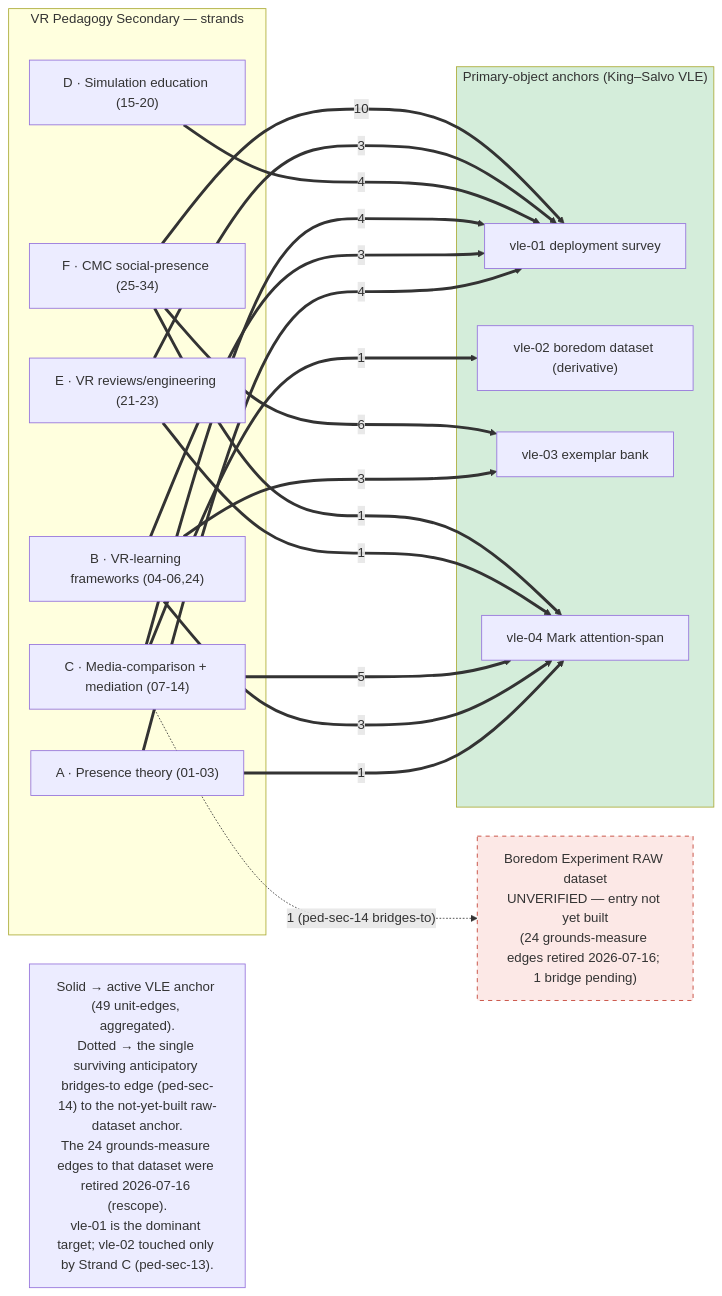
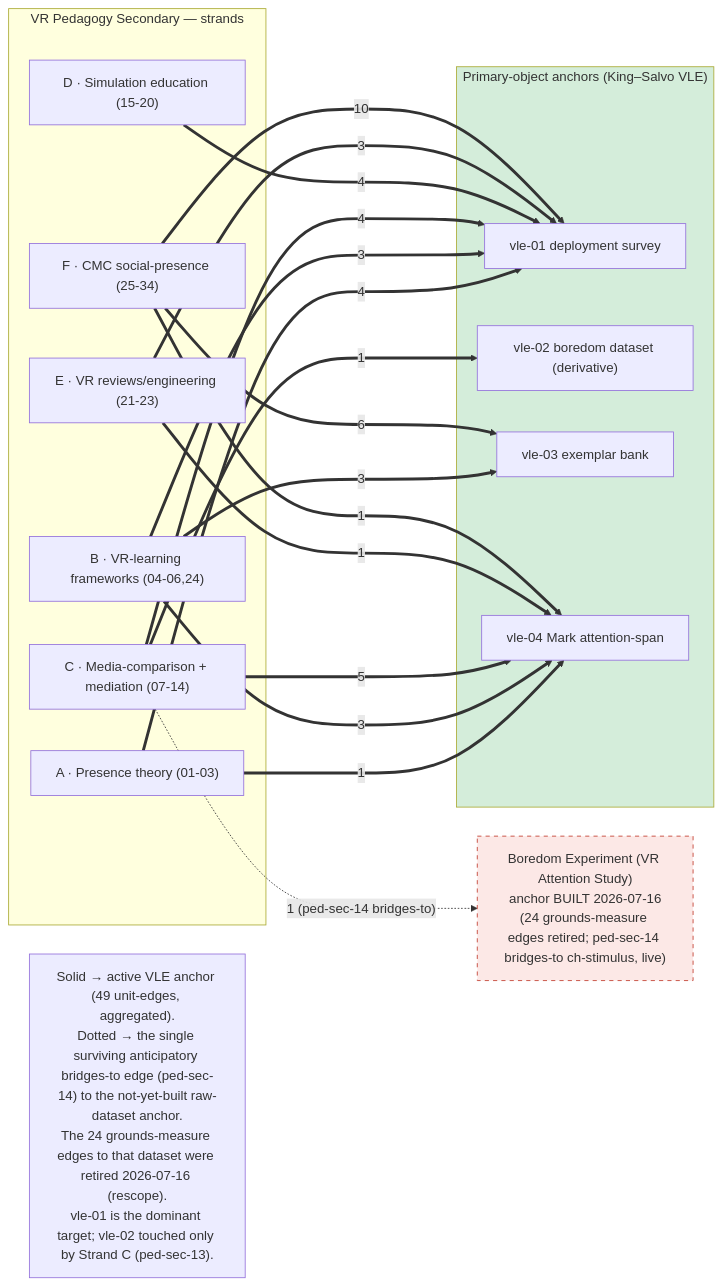
One commit to ProfessorVR/claudeflow-testing changed the diagram in corpus/index/VR Pedagogy Secondary (Part III)/_synthesis/graph-cross-pipeline-bridge.mmd. Above: the diagram before and after it, drawn with Mermaid. The commit also changed 19 other files, not shown here.

```diff
--- a/corpus/index/VR Pedagogy Secondary (Part III)/_synthesis/graph-cross-pipeline-bridge.mmd
+++ b/corpus/index/VR Pedagogy Secondary (Part III)/_synthesis/graph-cross-pipeline-bridge.mmd
@@ -1,49 +1,49 @@
 %% Cross-pipeline bridge graph — VR Pedagogy Secondary (Part III)
 %% ALL edges are anticipatory-application (P): our interpretive links from this
 %% secondary cluster OUT to the dissertation's primary-object anchors. None is a
 %% claim the source literature makes. Aggregated at STRAND level (edge labels = #
 %% of unit-level bridge edges) to stay within the <=25-edge Phase-4 cap; the
 %% unit-level pointers live in bridge-sources/anchor-pointers.md.
 %% Solid = bridges-to-vle (active anchor). Dotted = the ONE surviving anticipatory
 %% bridges-to edge to the Boredom-dataset anchor (ped-sec-14; entry not yet built).
 %% The 24 grounds-measure edges to that dataset were RETIRED 2026-07-16 (rescope):
 %% the pedagogy cluster does not ground measures in the Boredom lab dataset.
 graph LR
     subgraph Cluster["VR Pedagogy Secondary — strands"]
         SA["A · Presence theory (01-03)"]
         SB["B · VR-learning frameworks (04-06,24)"]
         SC["C · Media-comparison + mediation (07-14)"]
         SD["D · Simulation education (15-20)"]
         SE["E · VR reviews/engineering (21-23)"]
         SF["F · CMC social-presence (25-34)"]
     end
 
     subgraph Anchors["Primary-object anchors (King–Salvo VLE)"]
         V1["vle-01 deployment survey"]
         V2["vle-02 boredom dataset (derivative)"]
         V3["vle-03 exemplar bank"]
         V4["vle-04 Mark attention-span"]
     end
 
-    DS["Boredom Experiment RAW dataset<br/>UNVERIFIED — entry not yet built<br/>(24 grounds-measure edges retired 2026-07-16; 1 bridge pending)"]
+    DS["Boredom Experiment (VR Attention Study)<br/>anchor BUILT 2026-07-16<br/>(24 grounds-measure edges retired; ped-sec-14 bridges-to ch-stimulus, live)"]
 
     SA ==4==> V1
     SA ==1==> V4
     SB ==3==> V1
     SB ==3==> V3
     SB ==3==> V4
     SC ==4==> V1
     SC ==1==> V2
     SC ==5==> V4
     SD ==4==> V1
     SE ==3==> V1
     SE ==1==> V4
     SF ==10==> V1
     SF ==6==> V3
     SF ==1==> V4
 
     SC -.1 (ped-sec-14 bridges-to).-> DS
 
     style DS fill:#fce8e6,stroke:#c0392b,stroke-dasharray: 5 5
     style Anchors fill:#d4edda
     note1["Solid → active VLE anchor (49 unit-edges, aggregated).<br/>Dotted → the single surviving anticipatory bridges-to edge (ped-sec-14) to the not-yet-built raw-dataset anchor.<br/>The 24 grounds-measure edges to that dataset were retired 2026-07-16 (rescope).<br/>vle-01 is the dominant target; vle-02 touched only by Strand C (ped-sec-13)."]
```
